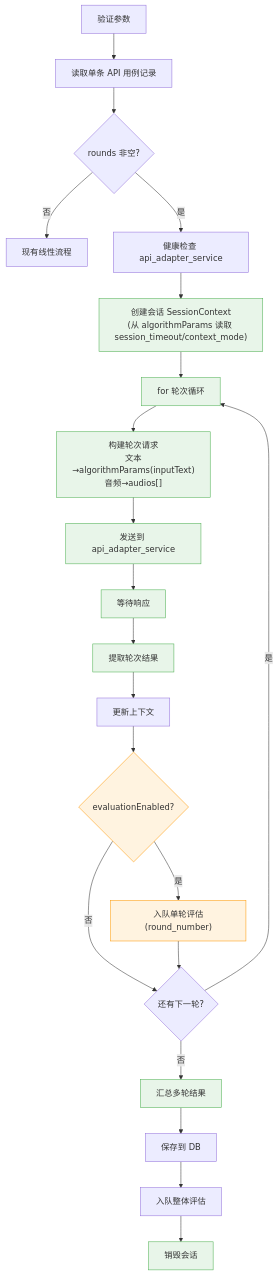
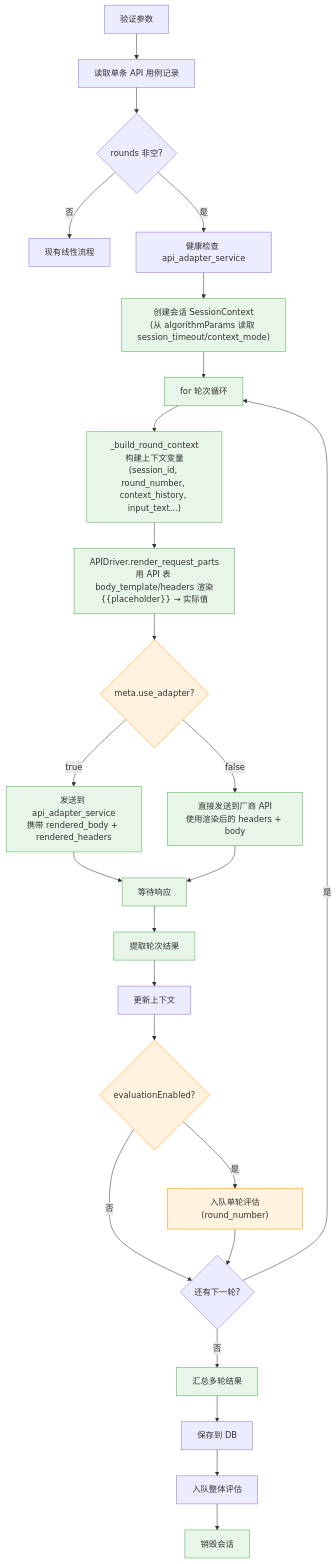
One commit to ydz-auto/intelligent_audio_test changed the third of 9 diagrams in Intelligent-Audio-TEST/doc/voice_llm/00_改造方案总览.md. Above: the diagram before and after it, drawn with Mermaid. The commit also changed other lines of this file and 244 other files, not shown here.

````diff
--- a/Intelligent-Audio-TEST/doc/voice_llm/00_改造方案总览.md
+++ b/Intelligent-Audio-TEST/doc/voice_llm/00_改造方案总览.md
@@ -97,34 +95,41 @@
 ```mermaid
 flowchart TD
     A[验证参数] --> B[读取单条 API 用例记录]
     B --> C{rounds 非空?}
     C -->|否| D1[现有线性流程]
     C -->|是| D2[健康检查 api_adapter_service]
     D2 --> E["创建会话 SessionContext<br/>(从 algorithmParams 读取 session_timeout/context_mode)"]
     E --> F[for 轮次循环]
-    F --> G["构建轮次请求<br/>文本→algorithmParams(inputText)<br/>音频→audios[]"]
-    G --> H[发送到 api_adapter_service]
-    H --> I[等待响应]
+    F --> G["_build_round_context<br/>构建上下文变量<br/>(session_id, round_number, context_history, input_text...)"]
+    G --> G2["APIDriver.render_request_parts<br/>用 API 表 body_template/headers 渲染<br/>{{placeholder}} → 实际值"]
+    G2 --> H{"meta.use_adapter?"}
+    H -->|true| H1[发送到 api_adapter_service<br/>携带 rendered_body + rendered_headers]
+    H -->|false| H2[直接发送到厂商 API<br/>使用渲染后的 headers + body]
+    H1 --> I[等待响应]
+    H2 --> I
     I --> J[提取轮次结果]
     J --> K[更新上下文]
     K --> L{evaluationEnabled?}
     L -->|是| M["入队单轮评估(round_number)"]
     L -->|否| N{还有下一轮?}
     M --> N
     N -->|是| F
     N -->|否| O[汇总多轮结果]
     O --> P[保存到 DB]
     P --> Q[入队整体评估]
     Q --> R[销毁会话]
     
     style E fill:#e8f5e9,stroke:#4caf50
     style F fill:#e8f5e9,stroke:#4caf50
     style G fill:#e8f5e9,stroke:#4caf50
-    style H fill:#e8f5e9,stroke:#4caf50
+    style G2 fill:#e8f5e9,stroke:#4caf50
+    style H fill:#fff3e0,stroke:#ff9800
+    style H1 fill:#e8f5e9,stroke:#4caf50
+    style H2 fill:#e8f5e9,stroke:#4caf50
     style I fill:#e8f5e9,stroke:#4caf50
     style J fill:#e8f5e9,stroke:#4caf50
     style L fill:#fff3e0,stroke:#ff9800
     style M fill:#fff3e0,stroke:#ff9800
     style O fill:#e8f5e9,stroke:#4caf50
     style R fill:#e8f5e9,stroke:#4caf50
 ```
````
